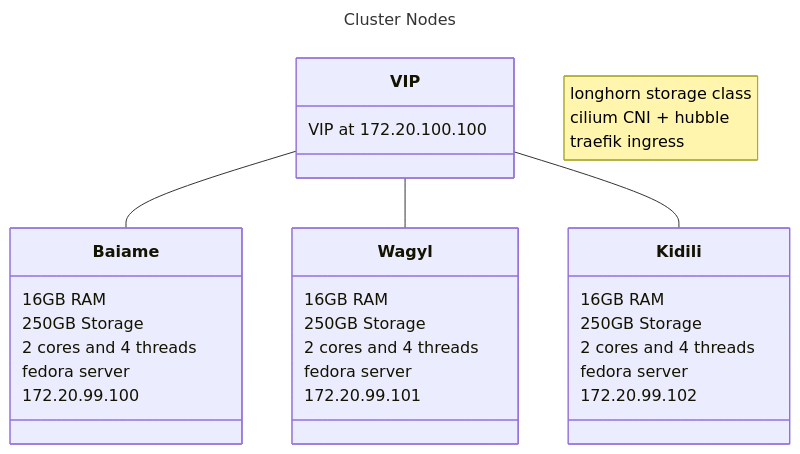
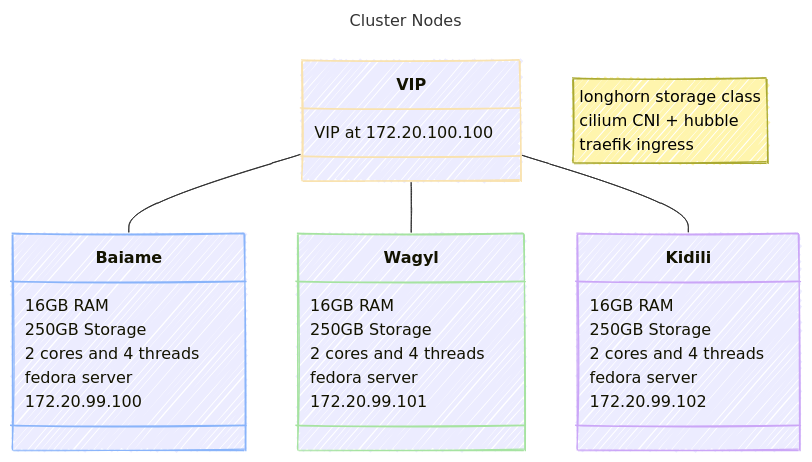
The diagram in wiki/Home.md (Ceald1/homelab-docs), drawn with Mermaid before and after one commit.

Commit message:
edits to home.md

````diff
--- a/wiki/Home.md
+++ b/wiki/Home.md
@@ -6,39 +6,72 @@
 ```mermaid
 ---
 title: Cluster Nodes
+config:
+  look: handDrawn
+  themeVariables:
+      background: #1e1e2e
+      primaryColor: #313244
+      primaryTextColor: #cdd6f4
+      primaryBorderColor: #cba6f7
+      lineColor: #6c7086
+      secondaryColor: #45475a
+      tertiaryColor: #181825
+      edgeLabelBackground: #1e1e2e
+      clusterBkg: #181825
+      clusterBorder: #45475a
+      titleColor: #f5c2e7
+      nodeBorder: #cba6f7
+      mainBkg: #313244
+      nodeTextColor: #cdd6f4
+      noteBkgColor: #cdd6f4
+      noteBorderColor: #cdd6f4
+      cScale0: #89b4fa    # Blue
+      cScale1: #cba6f7    # Mauve
+      cScale2: #a6e3a1    # Green
+      cScale3: #f9e2af    # Yellow
+      cScale4: #fab387    # Peach
+      cScale5: #f38ba8    # Red
+      cScale6: #eba0ac    # Maroon
+      cScale7: #94e2d5    # Teal
 ---
 classDiagram
    Baiame
    Wagyl
    Kidili
    VIP 
    VIP -- Baiame
    VIP -- Wagyl
    VIP -- Kidili
    note "longhorn storage class <br>cilium CNI + hubble<br>traefik ingress"
 
    class Baiame {
        16GB RAM
        250GB Storage
        2 cores and 4 threads
        fedora server
        172.20.99.100
    }
    class Wagyl {
        16GB RAM
        250GB Storage
        2 cores and 4 threads
        fedora server
        172.20.99.101
    }
    class Kidili {
        16GB RAM
        250GB Storage
        2 cores and 4 threads
        fedora server
        172.20.99.102
    }
    class VIP {
        VIP at 172.20.100.100
    }
+  style Baiame stroke:#89b4fa
+  style Wagyl  stroke:#a6e3a1
+  style Kidili stroke:#cba6f7
+  style VIP    stroke:#f9e2af
+
+
 ```
````
